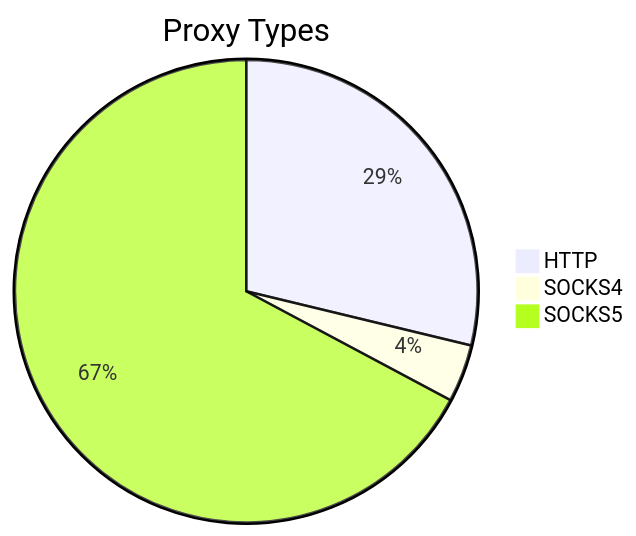
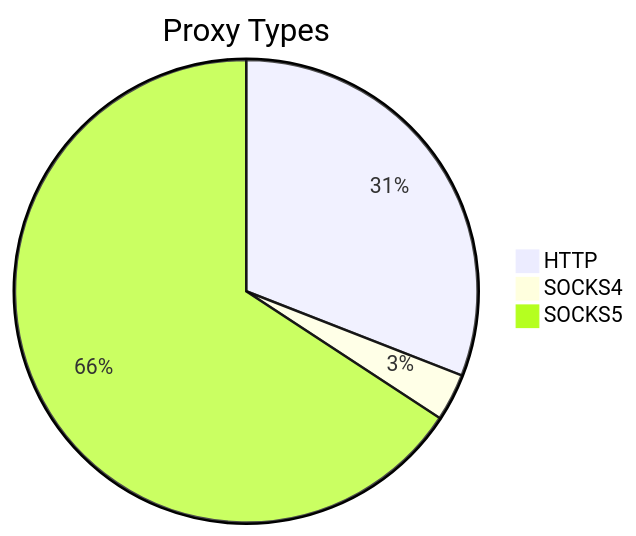
The first of 2 diagrams in README.md (stormsia/proxy-list), drawn with Mermaid before and after one commit. The commit also changed other lines of this file, not shown here.

````diff
--- a/README.md
+++ b/README.md
@@ -21,6 +21,6 @@
 ```mermaid
 pie title Proxy Types
-    "HTTP" : 899
-    "SOCKS4" : 126
-    "SOCKS5" : 2100
+    "HTTP" : 570
+    "SOCKS4" : 61
+    "SOCKS5" : 1212
 ```
````
